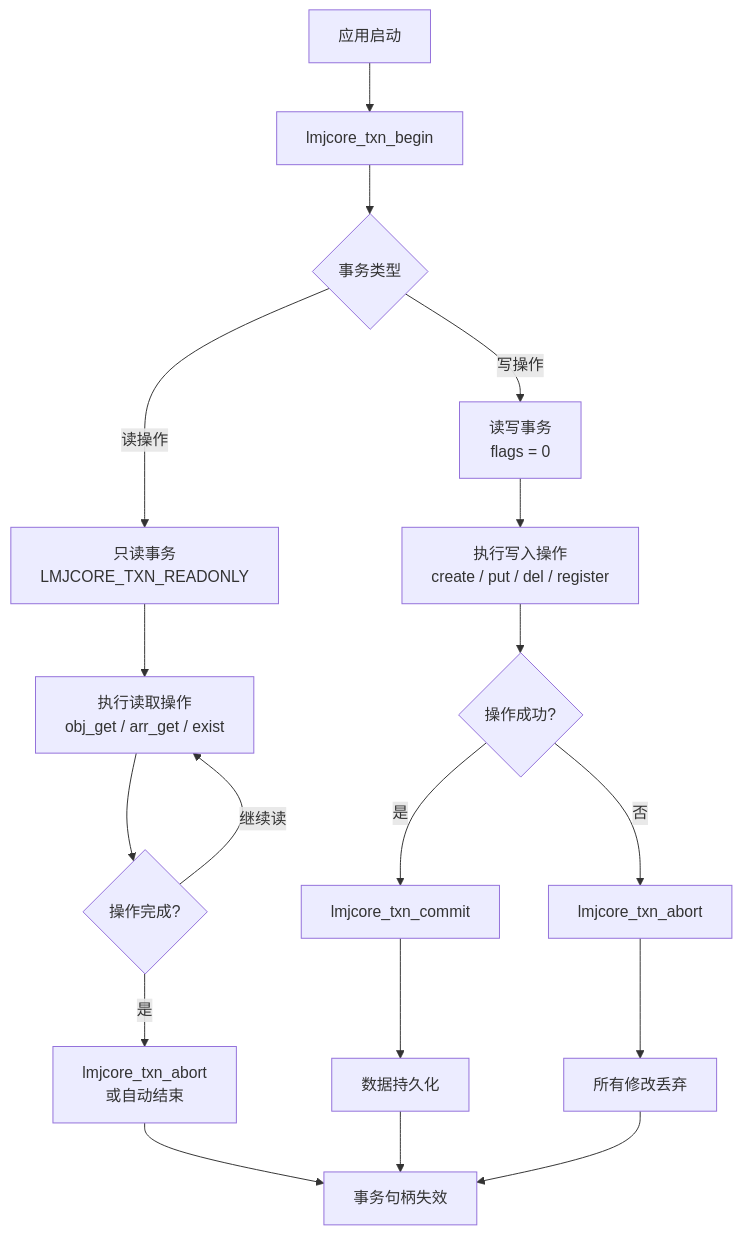
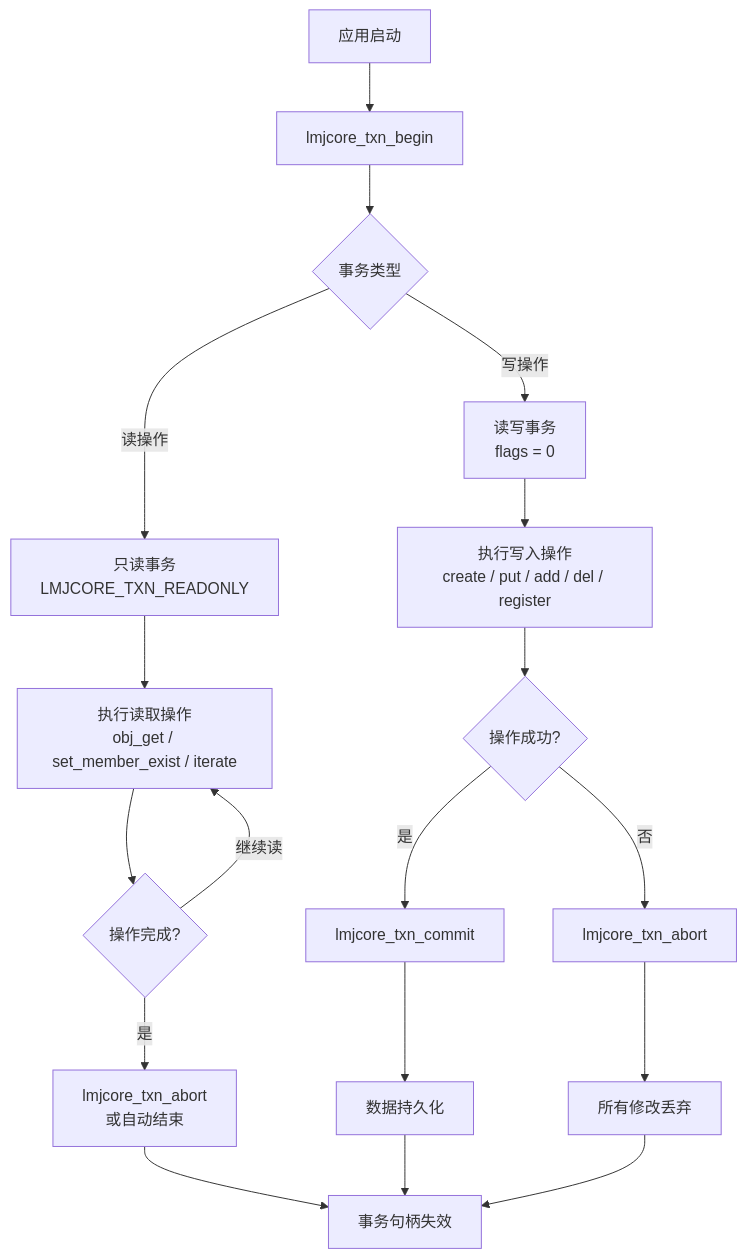
Before and after one commit to QiDream-hub/LMJCore: the diagram in doc/core/LMJCore 事务模型.md, drawn with Mermaid. The commit also changed other lines of this file and 15 other files, not shown here.

````diff
--- a/doc/core/LMJCore 事务模型.md
+++ b/doc/core/LMJCore 事务模型.md
@@ -22,24 +22,24 @@
 ```mermaid
 flowchart TD
     A[应用启动] --> B[lmjcore_txn_begin]
     B --> C{事务类型}
     C -->|读操作| D[只读事务<br>LMJCORE_TXN_READONLY]
     C -->|写操作| E[读写事务<br>flags = 0]
     
-    D --> F[执行读取操作<br>obj_get / arr_get / exist]
+    D --> F[执行读取操作<br>obj_get / set_member_exist / iterate]
     F --> G{操作完成?}
     G -->|是| H[lmjcore_txn_abort<br>或自动结束]
     G -->|继续读| F
     
-    E --> I[执行写入操作<br>create / put / del / register]
+    E --> I[执行写入操作<br>create / put / add / del / register]
     I --> J{操作成功?}
     J -->|是| K[lmjcore_txn_commit]
     J -->|否| L[lmjcore_txn_abort]
     
     K --> M[数据持久化]
     L --> N[所有修改丢弃]
     
     H --> O[事务句柄失效]
     M --> O
     N --> O
 ```
````
